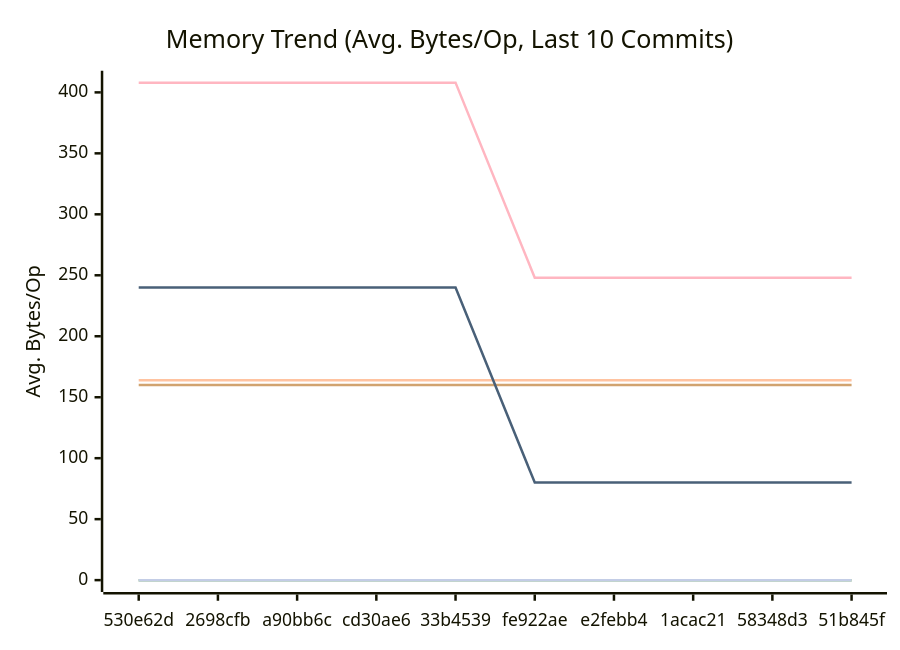
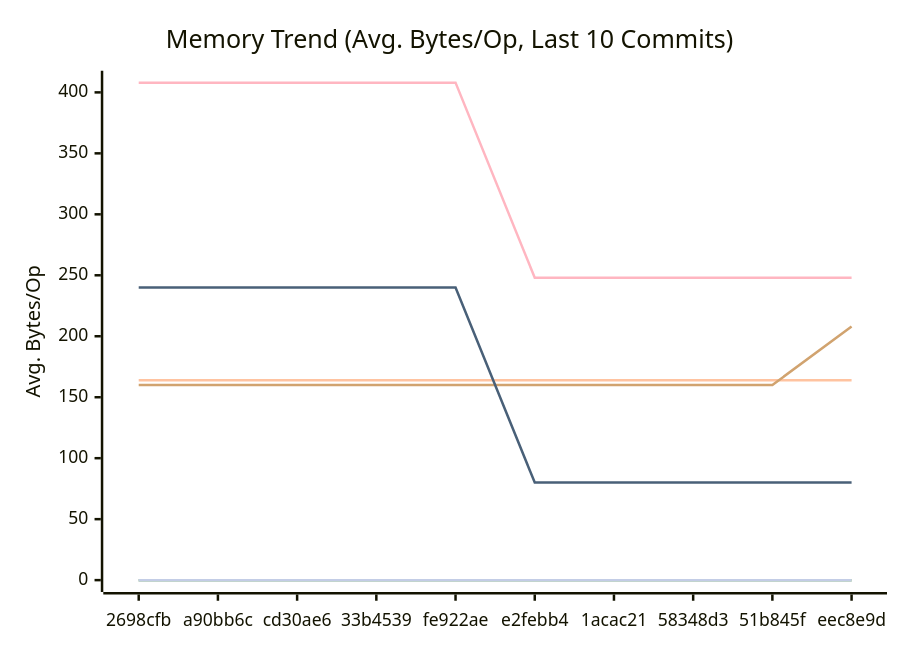
The second of 3 diagrams in docs/PERFORMANCE.md (alsotoes/momo), drawn with Mermaid before and after one commit. The commit also changed other lines of this file and 15 other files, not shown here.

````diff
--- a/docs/PERFORMANCE.md
+++ b/docs/PERFORMANCE.md
@@ -97,16 +99,16 @@
 ```mermaid
 xychart-beta
     title "Memory Trend (Avg. Bytes/Op, Last 10 Commits)"
     x-axis "Commit"
     y-axis "Avg. Bytes/Op"
-    x-axis [530e62d,2698cfb,a90bb6c,cd30ae6,33b4539,fe922ae,e2febb4,1acac21,58348d3,51b845f]
+    x-axis [2698cfb,a90bb6c,cd30ae6,33b4539,fe922ae,e2febb4,1acac21,58348d3,51b845f,eec8e9d]
     line "CheckMetricsAndSwap" [0,0,0,0,0,0,0,0,0,0]
     line "CrushOptimized" [0,0,0,0,0,0,0,0,0,0]
     line "CrushOriginal" [164,164,164,164,164,164,164,164,164,164]
     line "IndexDirectTracking" [0,0,0,0,0,0,0,0,0,0]
     line "IndexSearch" [0,0,0,0,0,0,0,0,0,0]
-    line "LoadGlobalConfig" [160,160,160,160,160,160,160,160,160,160]
+    line "LoadGlobalConfig" [160,160,160,160,160,160,160,160,160,208]
     line "PadString" [0,0,0,0,0,0,0,0,0,0]
     line "ParseReplicationOrder_NoPrealloc" [408,408,408,408,408,248,248,248,248,248]
     line "ParseReplicationOrder_Prealloc" [240,240,240,240,240,80,80,80,80,80]
 ```
````
